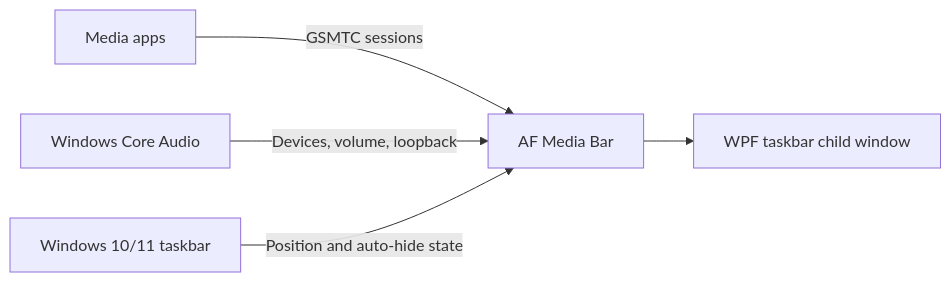
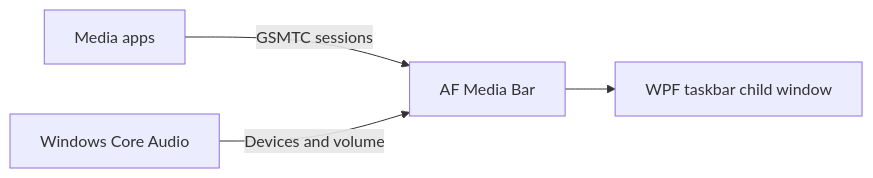
One commit to Fervent-Tempo/AF-Media-Bar changed the diagram in README.en-US.md. Above: the diagram before and after it, drawn with Mermaid. The commit also changed other lines of this file and 5 other files, not shown here.

````diff
--- a/README.en-US.md
+++ b/README.en-US.md
@@ -63,7 +55,6 @@
 ```mermaid
 flowchart LR
     A[Media apps] -->|GSMTC sessions| B[AF Media Bar]
-    C[Windows Core Audio] -->|Devices, volume, loopback| B
-    D[Windows 10/11 taskbar] -->|Position and auto-hide state| B
-    B --> E[WPF taskbar child window]
+    C[Windows Core Audio] -->|Devices and volume| B
+    B --> D[WPF taskbar child window]
 ```
````
